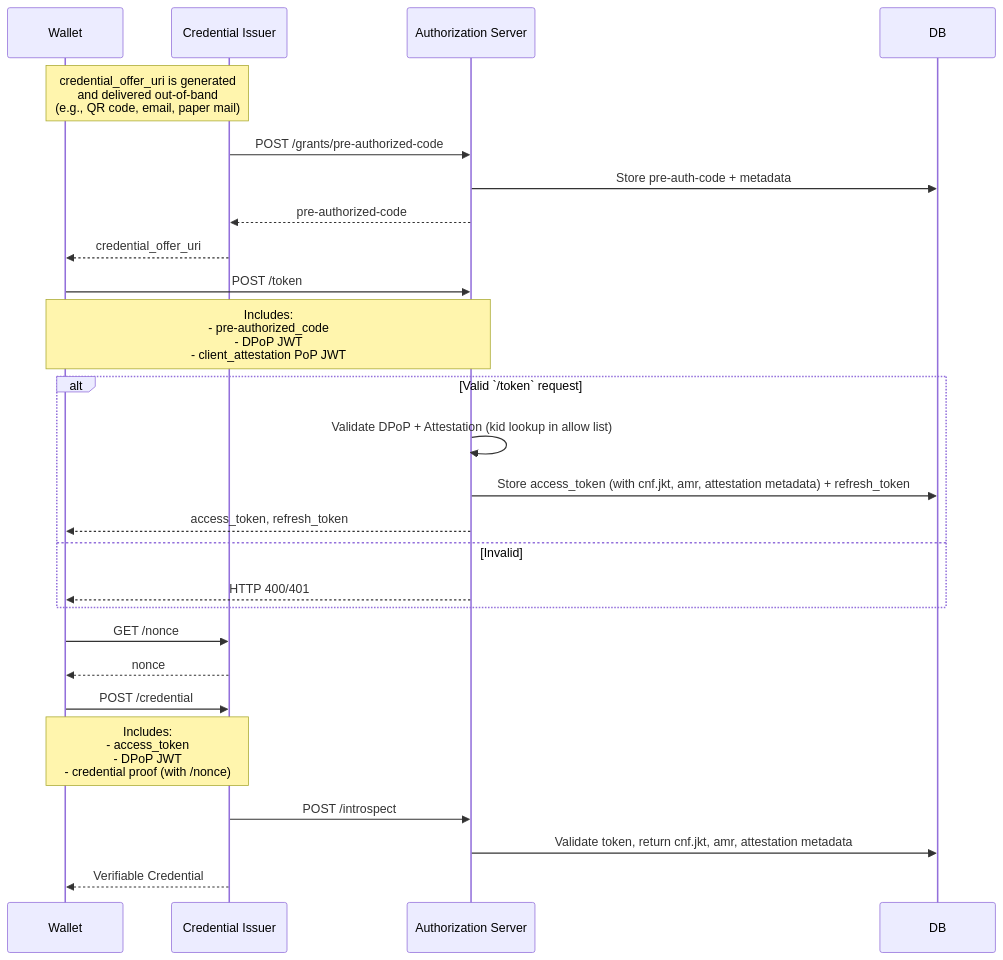
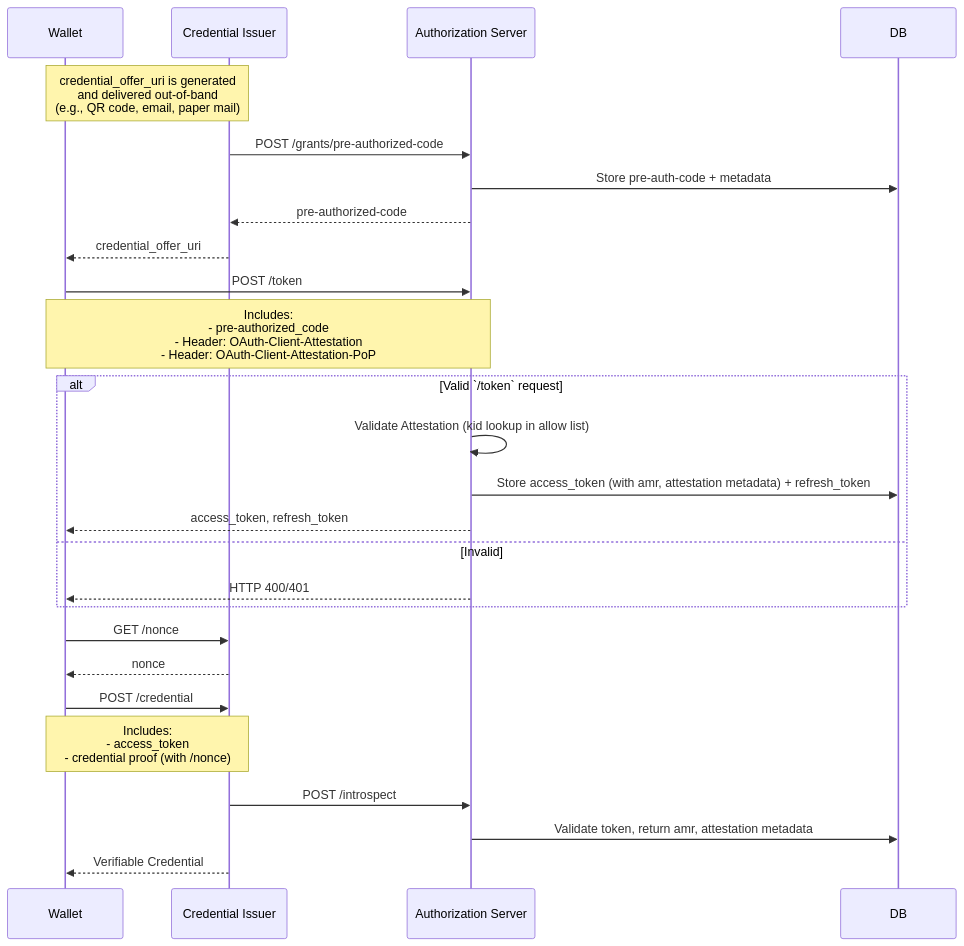
The second of 9 diagrams in oid4vc/auth_server/docs/auth-server-design.md (weiiv/acapy-plugins), drawn with Mermaid before and after one commit. The commit also changed other lines of this file and 75 other files, not shown here.

````diff
--- a/oid4vc/auth_server/docs/auth-server-design.md
+++ b/oid4vc/auth_server/docs/auth-server-design.md
@@ -142,32 +142,32 @@
 ```mermaid
 sequenceDiagram
   participant Wallet
   participant CredentialIssuer as Credential Issuer
   participant AuthorizationServer as Authorization Server
   participant DB
 
   Note over CredentialIssuer,Wallet: credential_offer_uri is generated<br/>and delivered out-of-band<br/>(e.g., QR code, email, paper mail)
   CredentialIssuer->>AuthorizationServer: POST /grants/pre-authorized-code
   AuthorizationServer->>DB: Store pre-auth-code + metadata
   AuthorizationServer-->>CredentialIssuer: pre-authorized-code
   CredentialIssuer-->>Wallet: credential_offer_uri
 
   Wallet->>AuthorizationServer: POST /token
-  Note over Wallet, AuthorizationServer: Includes:<br/>- pre-authorized_code<br/>- DPoP JWT<br/>- client_attestation PoP JWT
+  Note over Wallet, AuthorizationServer: Includes:<br/>- pre-authorized_code<br/>- Header: OAuth-Client-Attestation<br/>- Header: OAuth-Client-Attestation-PoP
   alt Valid `/token` request
-    AuthorizationServer->>AuthorizationServer: Validate DPoP + Attestation (kid lookup in allow list)
-    AuthorizationServer->>DB: Store access_token (with cnf.jkt, amr, attestation metadata) + refresh_token
+    AuthorizationServer->>AuthorizationServer: Validate Attestation (kid lookup in allow list)
+    AuthorizationServer->>DB: Store access_token (with amr, attestation metadata) + refresh_token
     AuthorizationServer-->>Wallet: access_token, refresh_token
   else Invalid
     AuthorizationServer-->>Wallet: HTTP 400/401
   end
 
   Wallet->>CredentialIssuer: GET /nonce
   CredentialIssuer-->>Wallet: nonce
 
   Wallet->>CredentialIssuer: POST /credential
-  Note over Wallet, CredentialIssuer: Includes:<br/>- access_token<br/>- DPoP JWT<br/>- credential proof (with /nonce)
+  Note over Wallet, CredentialIssuer: Includes:<br/>- access_token<br/>- credential proof (with /nonce)
   CredentialIssuer->>AuthorizationServer: POST /introspect
-  AuthorizationServer->>DB: Validate token, return cnf.jkt, amr, attestation metadata
+  AuthorizationServer->>DB: Validate token, return amr, attestation metadata
   CredentialIssuer-->>Wallet: Verifiable Credential
 ```
````
